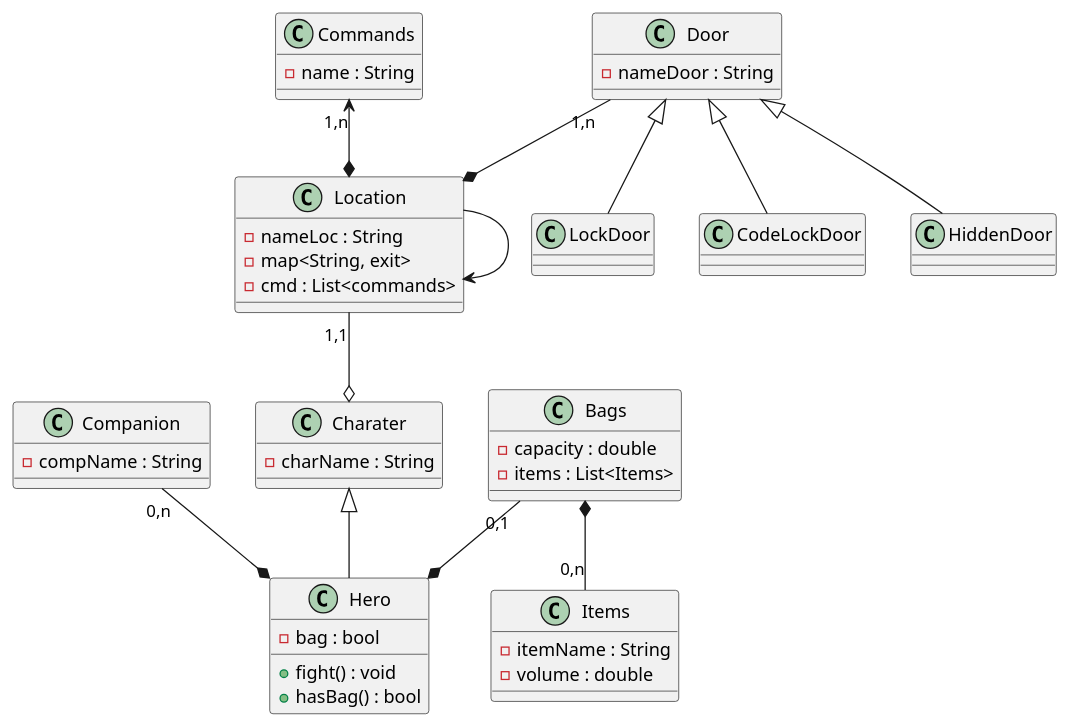
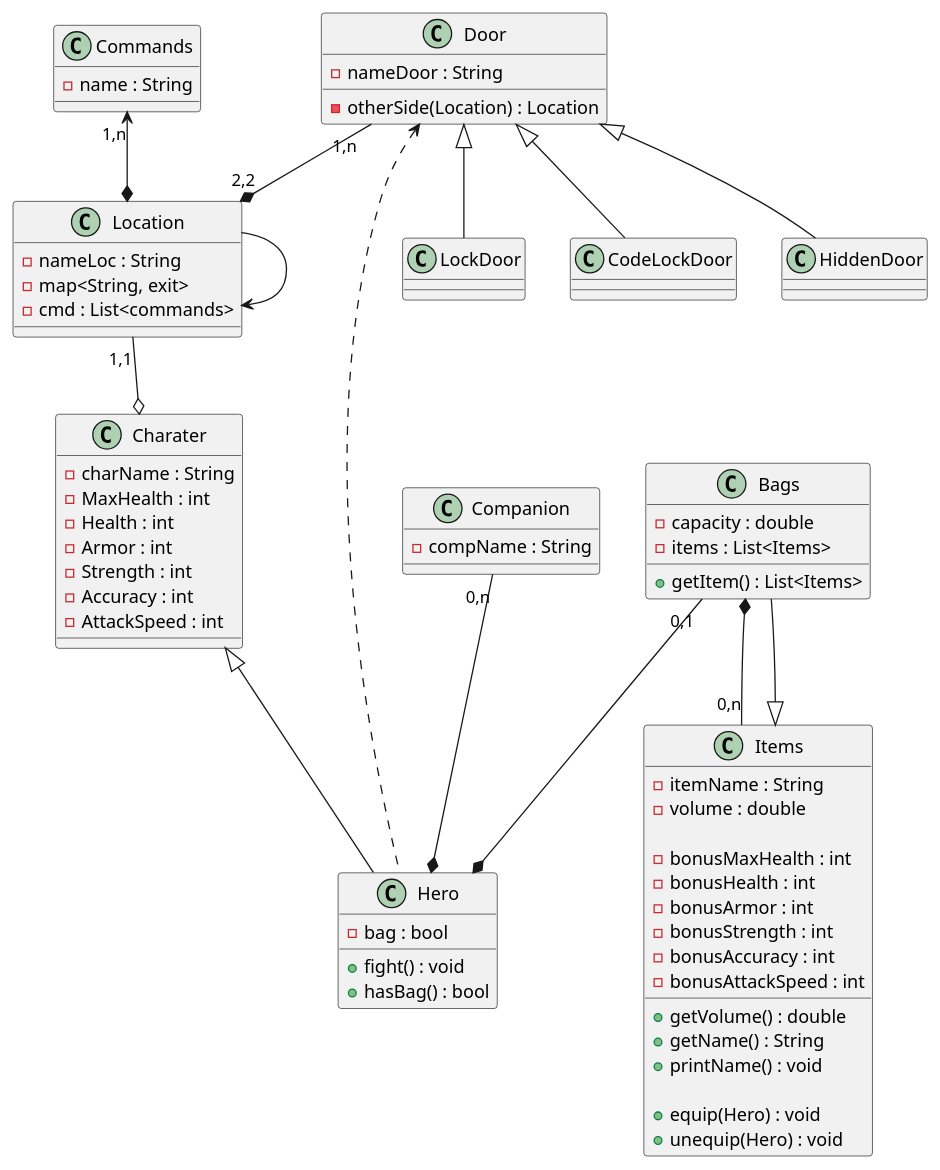
One commit to ZhionFR/POO_Shrek changed the diagram in Classes.puml. Above: the diagram before and after it, drawn with PlantUML. The commit also changed 14 other files, not shown here.

Commit message:
Feat : Added Items, Bags, Character and Hero methods

```diff
--- a/Classes.puml
+++ b/Classes.puml
@@ -1,65 +1,91 @@
 @startuml
 
 class Hero extends Charater {
     - bag : bool
 
     + fight() : void
     + hasBag() : bool
 }
 
 class Location {
     - nameLoc : String
     - map<String, exit>
     - cmd : List<commands>
 }
 
 class Door {
     - nameDoor : String
+
+    - otherSide(Location) : Location
 }
 
 class LockDoor extends Door {
 
 }
 
 class CodeLockDoor extends Door {
 
 }
 
 class HiddenDoor extends Door {
 
 }
 
 class Charater {
  - charName : String
+ - MaxHealth : int
+ - Health : int
+ - Armor : int
+ - Strength : int
+ - Accuracy : int
+ - AttackSpeed : int
 }
 
 class Companion {
  - compName : String
 }
 
 class Commands {
     - name : String
 }
 
 class Items {
     - itemName : String
     - volume : double
+
+    - bonusMaxHealth : int
+    - bonusHealth : int
+    - bonusArmor : int
+    - bonusStrength : int
+    - bonusAccuracy : int
+    - bonusAttackSpeed : int
+
+    + getVolume() : double
+    + getName() : String
+    + printName() : void
+
+    + equip(Hero) : void
+    + unequip(Hero) : void
 }
 
-class Bags {
+class Bags extends Items{
     - capacity : double
     - items : List<Items>
+
+    + getItem() : List<Items>
 }
 
 Location -> Location
 Commands "1,n" <--* Location
-Door "1,n" --* Location
+Door "1,n" --* "2,2" Location
 Location "1,1" --o Charater
 
 
 Bags "0,1" --* Hero
 Bags *-- "0,n" Items
 
 Companion "0,n" --* Hero
+Door <.. Hero
+
 
 @enduml
```
